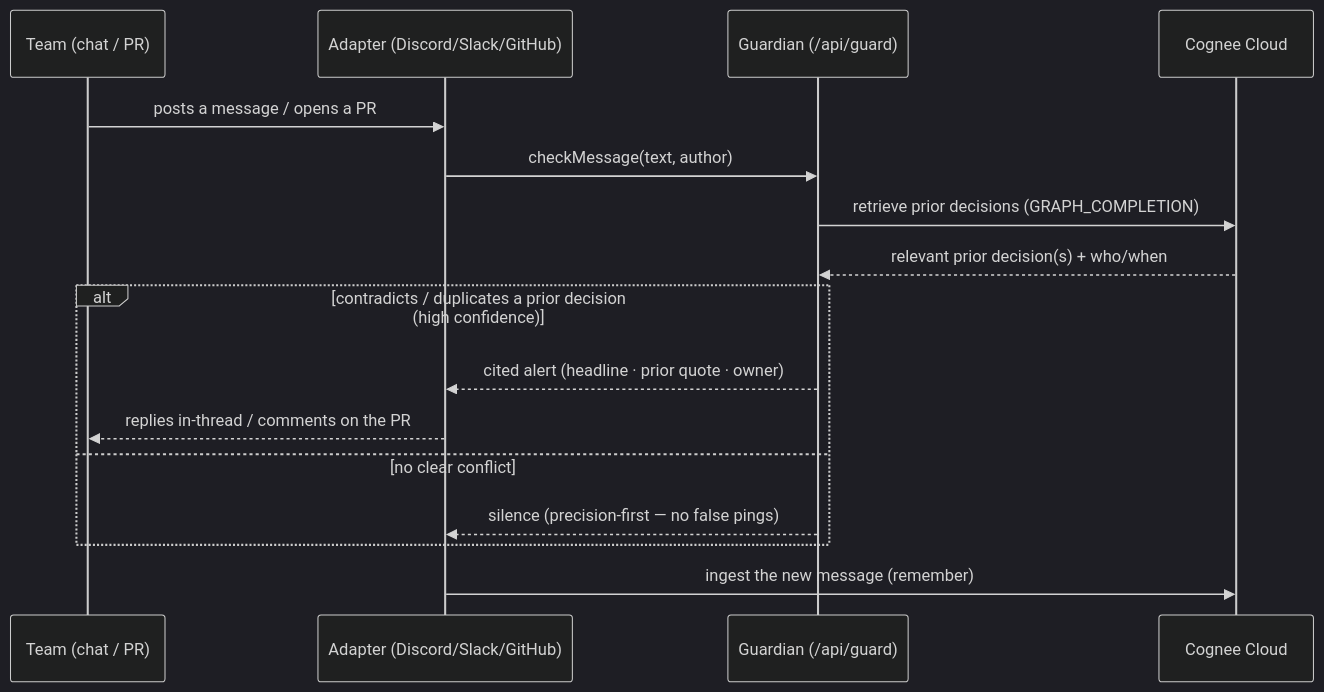
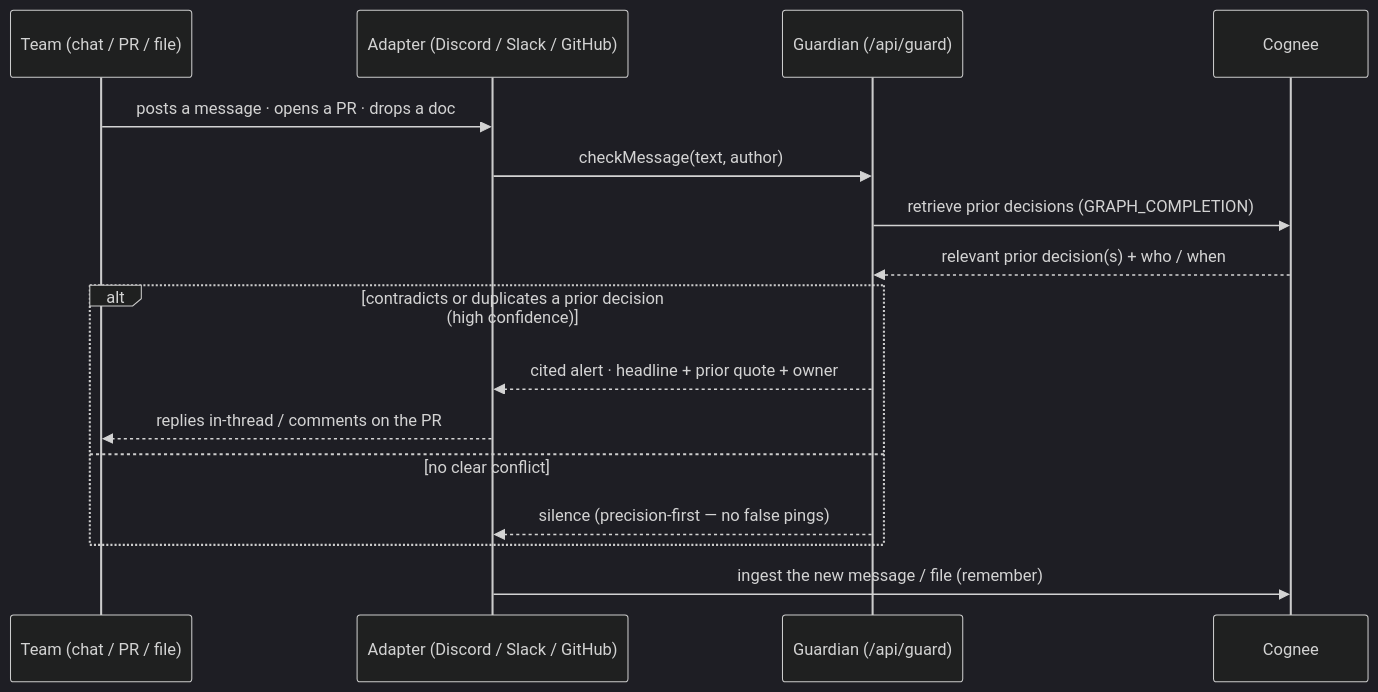
Before and after one commit to RavindranathTagor/Trace: the second of 2 diagrams in README.md, drawn with Mermaid (dark theme). The commit also changed other lines of this file, not shown here.

Commit message:
docs: rewrite README — features, Cognee stack, cross-platform file memory, demo + live links

````diff
--- a/README.md
+++ b/README.md
@@ -81,18 +148,18 @@
 ```mermaid
 sequenceDiagram
-  participant Team as Team (chat / PR)
-  participant Bot as Adapter (Discord/Slack/GitHub)
+  participant Team as Team (chat / PR / file)
+  participant Bot as Adapter (Discord / Slack / GitHub)
   participant Guard as Guardian (/api/guard)
-  participant Cognee as Cognee Cloud
-  Team->>Bot: posts a message / opens a PR
+  participant Cognee as Cognee
+  Team->>Bot: posts a message · opens a PR · drops a doc
   Bot->>Guard: checkMessage(text, author)
   Guard->>Cognee: retrieve prior decisions (GRAPH_COMPLETION)
-  Cognee-->>Guard: relevant prior decision(s) + who/when
-  alt contradicts / duplicates a prior decision (high confidence)
-    Guard-->>Bot: cited alert (headline · prior quote · owner)
+  Cognee-->>Guard: relevant prior decision(s) + who / when
+  alt contradicts or duplicates a prior decision (high confidence)
+    Guard-->>Bot: cited alert · headline + prior quote + owner
     Bot-->>Team: replies in-thread / comments on the PR
   else no clear conflict
     Guard-->>Bot: silence (precision-first — no false pings)
   end
-  Bot->>Cognee: ingest the new message (remember)
+  Bot->>Cognee: ingest the new message / file (remember)
 ```
````
